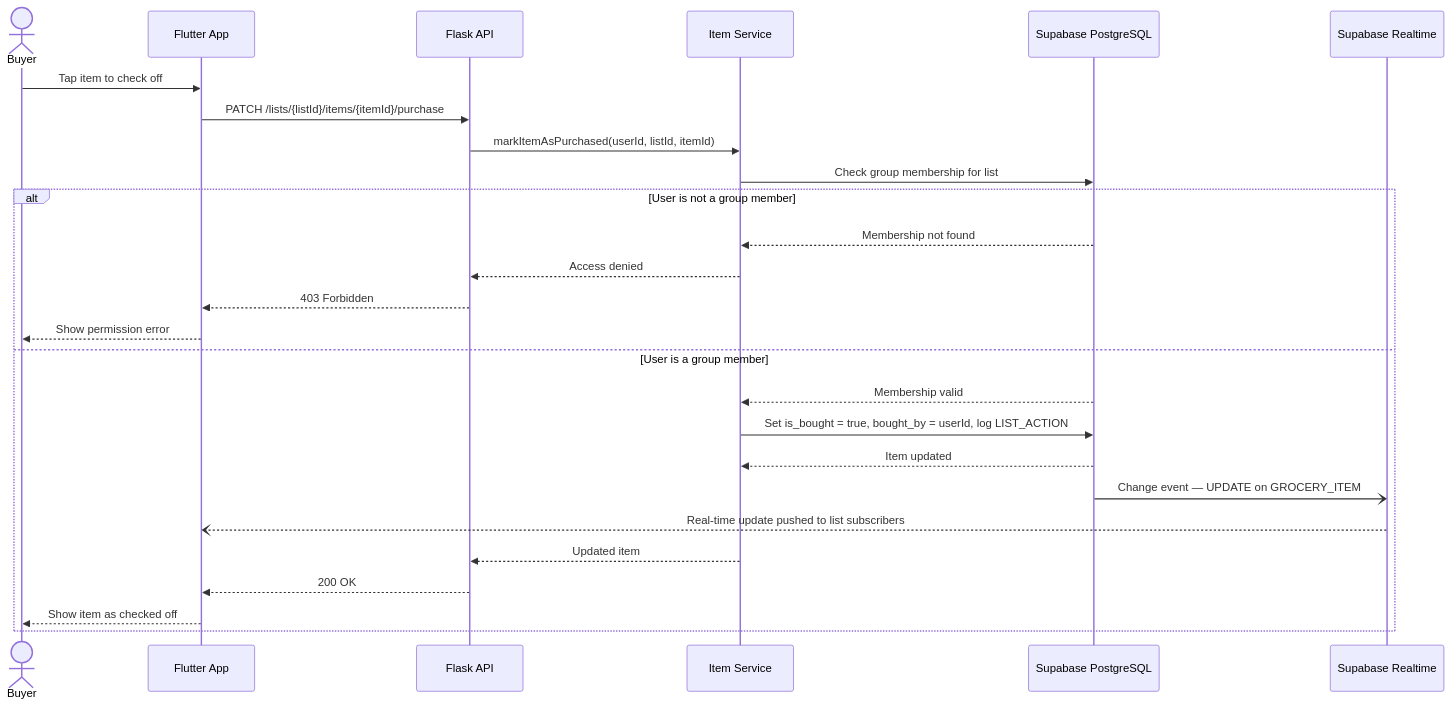
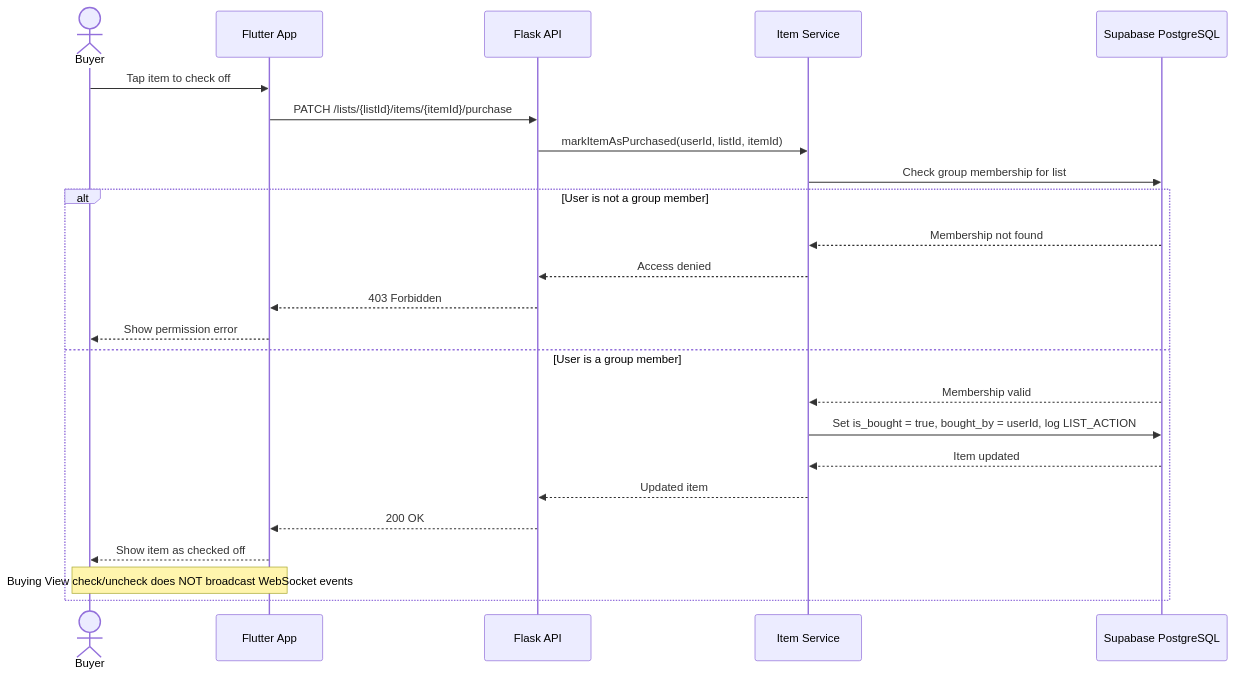
Before and after one commit to MIS-hero/Thalaja-team: the tenth of 14 diagrams in Documentation/STAGE3technicaldocumentation.md, drawn with Mermaid. The commit also changed other lines of this file and 19 other files, not shown here.

First line of the commit message:
Add comprehensive technical documentation for Stage 3, including architecture, branding, and domain references

````diff
--- a/Documentation/STAGE3technicaldocumentation.md
+++ b/Documentation/STAGE3technicaldocumentation.md
@@ -786,30 +902,28 @@
 ```mermaid
 sequenceDiagram
     actor Buyer
     participant App as Flutter App
     participant API as Flask API
     participant ItemService as Item Service
     participant DB as Supabase PostgreSQL
-    participant Realtime as Supabase Realtime
 
     Buyer->>App: Tap item to check off
     App->>API: PATCH /lists/{listId}/items/{itemId}/purchase
     API->>ItemService: markItemAsPurchased(userId, listId, itemId)
     ItemService->>DB: Check group membership for list
 
     alt User is not a group member
         DB-->>ItemService: Membership not found
         ItemService-->>API: Access denied
         API-->>App: 403 Forbidden
         App-->>Buyer: Show permission error
     else User is a group member
         DB-->>ItemService: Membership valid
         ItemService->>DB: Set is_bought = true, bought_by = userId, log LIST_ACTION
         DB-->>ItemService: Item updated
-        DB-)Realtime: Change event — UPDATE on GROCERY_ITEM
-        Realtime--)App: Real-time update pushed to list subscribers
         ItemService-->>API: Updated item
         API-->>App: 200 OK
         App-->>Buyer: Show item as checked off
+        note over App,Buyer: Buying View check/uncheck does NOT broadcast WebSocket events
     end
 ```
````
